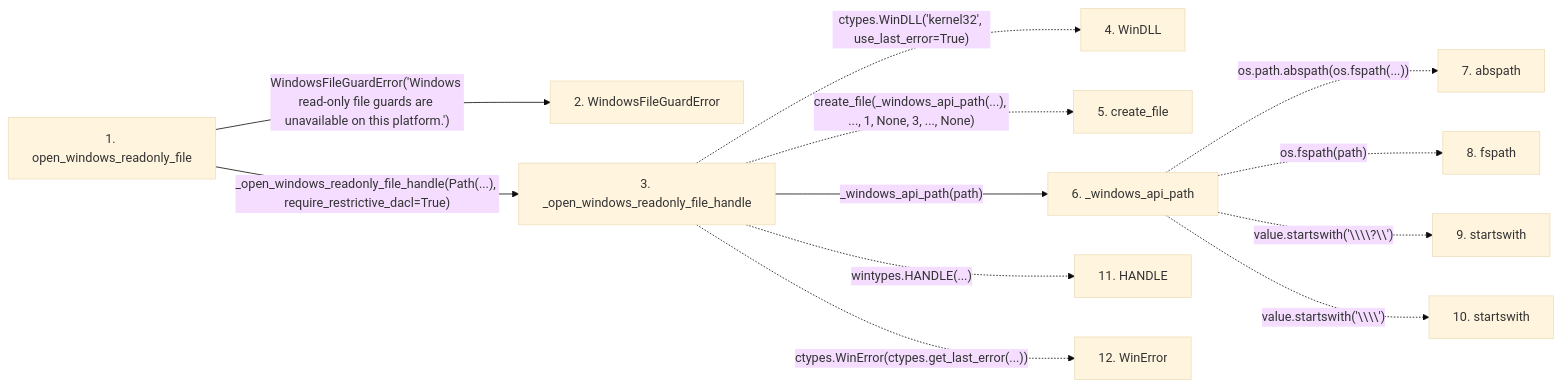
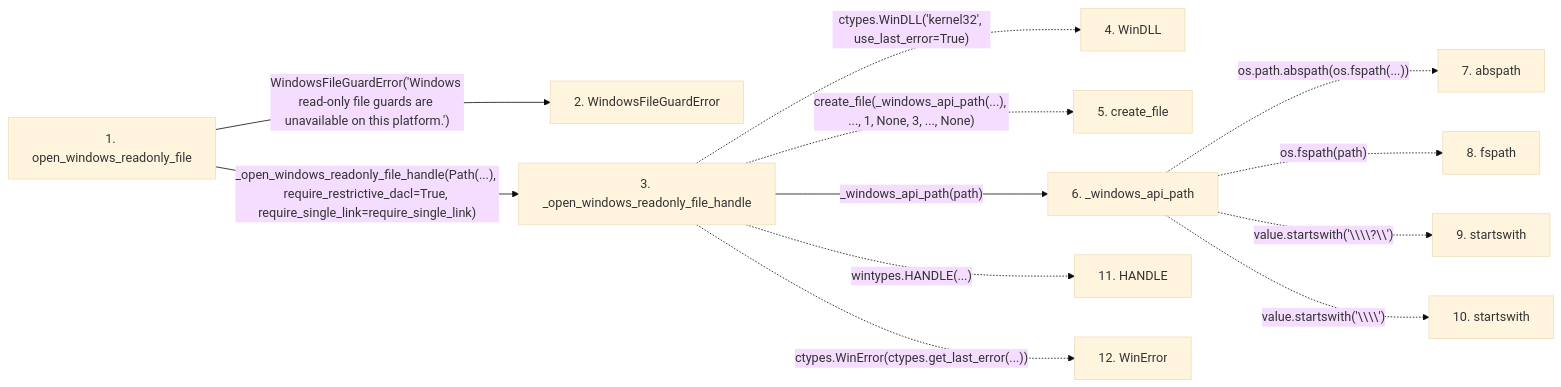
One commit to Denissvgn/python-wiki-llm changed the second of 2 diagrams in docs/llm_wiki/flows/api-open_windows_readonly_file.md. Above: the diagram before and after it, drawn with Mermaid (base theme). The commit also changed other lines of this file and 364 other files, not shown here.

````diff
--- a/docs/llm_wiki/flows/api-open_windows_readonly_file.md
+++ b/docs/llm_wiki/flows/api-open_windows_readonly_file.md
@@ -67,30 +67,30 @@
 ```mermaid
 flowchart LR
     s1["1. open_windows_readonly_file"]
     s2["2. WindowsFileGuardError"]
     s3["3. _open_windows_readonly_file_handle"]
     s4["4. WinDLL"]
     s5["5. create_file"]
     s6["6. _windows_api_path"]
     s7["7. abspath"]
     s8["8. fspath"]
     s9["9. startswith"]
     s10["10. startswith"]
     s11["11. HANDLE"]
     s12["12. WinError"]
     s1 -->|"WindowsFileGuardError('Windows read-only file guards are unavailable on this platform.')"| s2
-    s1 -->|"_open_windows_readonly_file_handle(Path(...), require_restrictive_dacl=True)"| s3
+    s1 -->|"_open_windows_readonly_file_handle(Path(...), require_restrictive_dacl=True, require_single_link=require_single_link)"| s3
     s3 -. "ctypes.WinDLL('kernel32', use_last_error=True)" .-> s4
     s3 -. "create_file(_windows_api_path(...), ..., 1, None, 3, ..., None)" .-> s5
     s3 -->|"_windows_api_path(path)"| s6
     s6 -. "os.path.abspath(os.fspath(...))" .-> s7
     s6 -. "os.fspath(path)" .-> s8
     s6 -. "value.startswith('\\\\?\\')" .-> s9
     s6 -. "value.startswith('\\\\')" .-> s10
     s3 -. "wintypes.HANDLE(...)" .-> s11
     s3 -. "ctypes.WinError(ctypes.get_last_error(...))" .-> s12
     click s1 "../modules/filesystem_guard.md"
     click s2 "../modules/filesystem_guard.md"
     click s3 "../modules/filesystem_guard.md"
     click s6 "../modules/filesystem_guard.md"
 ```
````
